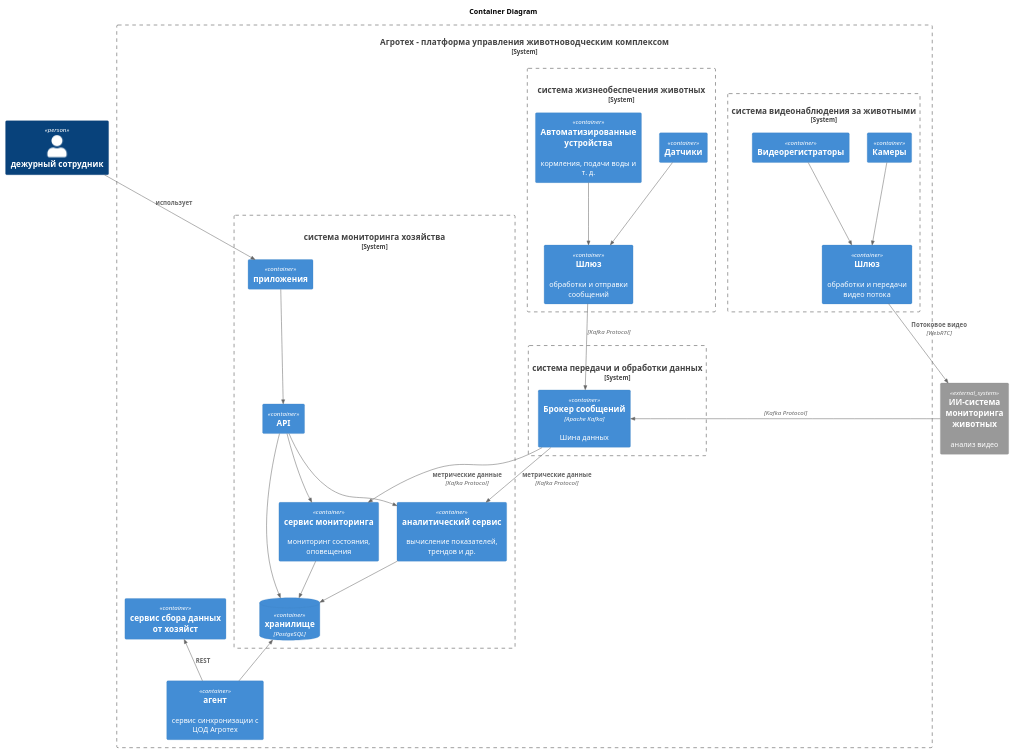
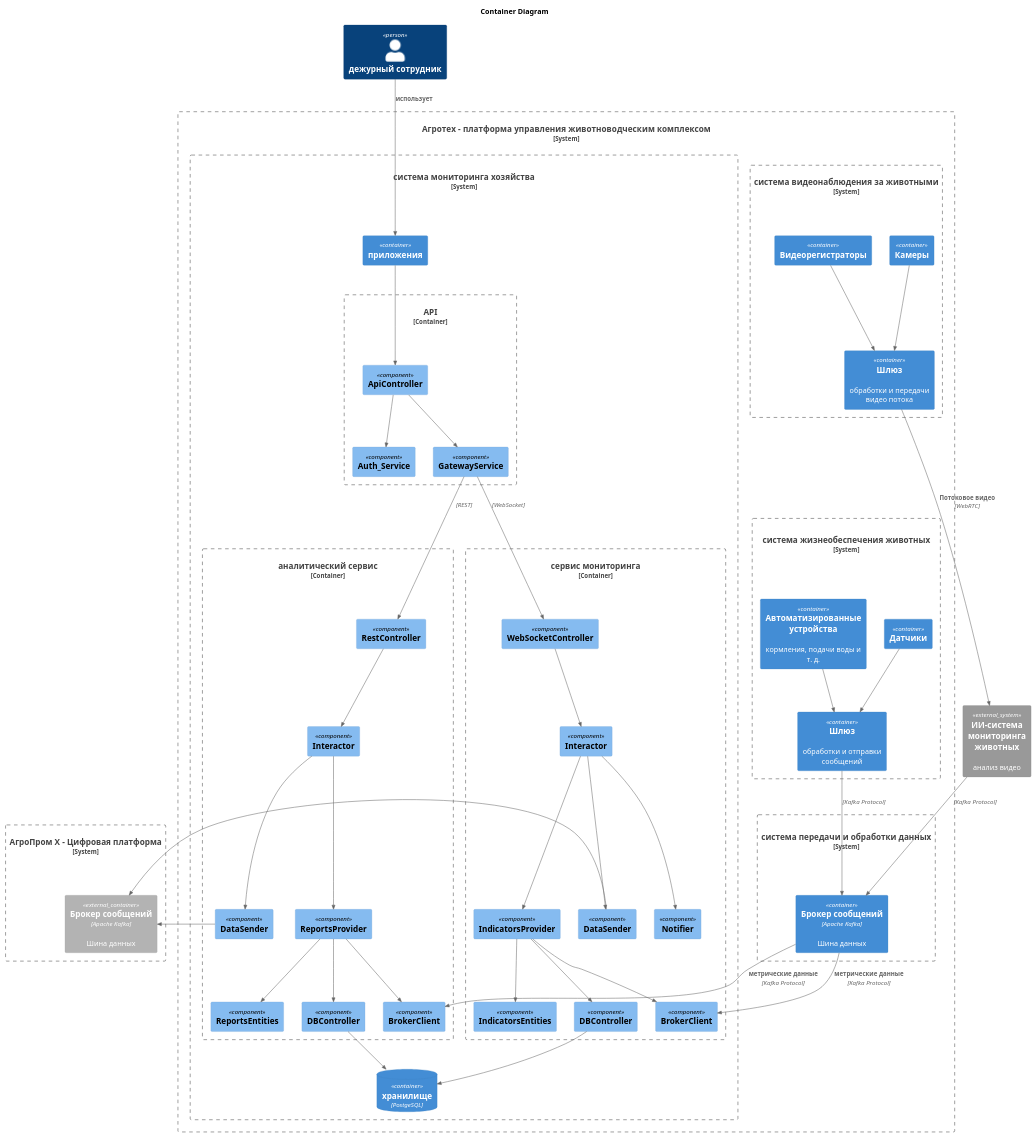
The diagram in Task3/agrotech_v2_С3.puml (Bessolitsyn/MSA-AgroTech), drawn with PlantUML before and after one commit. The commit also changed 9 other files, not shown here.

```diff
--- a/Task3/agrotech_v2_С3.puml
+++ b/Task3/agrotech_v2_С3.puml
@@ -1,67 +1,107 @@
-@startuml агро_V1
+@startuml агро_V2
 
 !include https://raw.githubusercontent.com/plantuml-stdlib/C4-PlantUML/master/C4_Container.puml
+!include https://raw.githubusercontent.com/plantuml-stdlib/C4-PlantUML/master/C4_Component.puml
 
 ' !include C4_Context.puml
 ' !include C4_Container.puml
 ' !include C4_Component.puml
 title "Container Diagram"
 
 Person(сотрудник, "дежурный сотрудник")
 
 
 System_Boundary(платформа, "Агротех  - платформа управления животноводческим комплексом") {
 
     System_Boundary(databus, "система передачи и обработки данных", "сбор данных от технических систем, структурирование, хранение ") {        
-        Container(broker, "Брокер сообщений","Apache Kafka", "Шина данных")        
-        
-        'Rel(broker, storage, "")
+        Container(broker, "Брокер сообщений","Apache Kafka", "Шина данных")       
     }
     System_Boundary(животноводство,"система жизнеобеспечения животных", "Мниторинг состояния технических средств(кормушки, поилки и др)") {
         Container(sensors, "Датчики", "", "")
         Container(gateway, "Шлюз", "", "обработки и отправки сообщений")
         Container(devices, "Автоматизированные устройства ", "", "кормления, подачи воды и т. д.")        
         Rel(sensors, gateway, "")
         Rel(devices, gateway, "")
         Rel(gateway, broker, "", "Kafka Protocol")
     }
     System_Boundary(видео,"система видеонаблюдения за животными", "") {
         Container(camera, "Камеры")
         Container(streaming, "Шлюз", "", "обработки и передачи видео потока")
         Container(recivers, " Видеорегистраторы")        
         Rel(camera, streaming, "")
         Rel(recivers, streaming, "")
         
     }
     System_Boundary(цуп, "система мониторинга хозяйства", "управление,  мониторинг, анализ, оповещение, отчетность") {
-        Container(api, "API")
+        Container_Boundary(api, "API"){
+            Component(apiApiController,"ApiController")
+            Component(apiAuth_Service,"Auth_Service")
+            Component(apiGatewayService, "GatewayService")
+            Rel(apiApiController, apiGatewayService, "")
+            Rel(apiApiController, apiAuth_Service, "")
+
+        }
         Container(app, "приложения")
-        Container(bi, "аналитический сервис", "", "вычисление показателей, трендов и др.")
-        Container(supervisor, "сервис мониторинга", "", "мониторинг состояния, оповещения")
+        Container_Boundary(bi, "аналитический сервис", "", "вычисление показателей, трендов и др."){
+            Component(biRestController, "RestController")
+            Component(biBrokerClient, "BrokerClient")
+            Component(biInteractor, "Interactor")
+            Component(biReportsProvider, "ReportsProvider")
+            Component(biReportsEntities, "ReportsEntities")
+            Component(biDBController, "DBController")
+             Component(biSender, "DataSender")
+            Rel(biRestController, biInteractor,"")
+            Rel(biInteractor, biReportsProvider,"")
+            Rel(biInteractor, biSender,"")
+            Rel(biReportsProvider, biBrokerClient,"")
+            Rel(biReportsProvider, biDBController,"")
+            Rel(biReportsProvider, biReportsEntities,"")
+        }
+        Container_Boundary(supervisor, "сервис мониторинга", "", "мониторинг состояния, оповещения"){
+            Component(supervisorWebSocketController, "WebSocketController")
+            Component(supervisorBrokerClient, "BrokerClient")
+            Component(supervisorInteractor, "Interactor")
+            Component(supervisorNotifier, "Notifier")
+            Component(supervisorIndicatorsProvider, "IndicatorsProvider")
+            Component(supervisorIndicatorsEntities, "IndicatorsEntities")
+            Component(supervisorDBController, "DBController")
+            Component(supervisorSender, "DataSender")
+            Rel(supervisorWebSocketController, supervisorInteractor,"")
+            Rel(supervisorInteractor, supervisorIndicatorsProvider,"")
+            Rel(supervisorInteractor, supervisorNotifier,"")
+            Rel(supervisorInteractor, supervisorSender,"")
+            Rel(supervisorIndicatorsProvider, supervisorBrokerClient,"")
+            Rel(supervisorIndicatorsProvider, supervisorDBController,"")
+            Rel(supervisorIndicatorsProvider, supervisorIndicatorsEntities,"")
+        }
+        
         ContainerDb(storage, "xранилище","PostgeSQL", "")
-        Rel(app, api, "")
-        Rel(broker, bi, "метрические данные", "Kafka Protocol")
-        Rel(broker, supervisor, "метрические данные", "Kafka Protocol")
-        Rel(bi, storage, "")
-        Rel(supervisor, storage, "")
-        Rel(api, storage, "")
-        Rel(api, bi, "")
-        Rel(api, supervisor, "")
+        Rel(app, apiApiController, "")
+        Rel(broker, biBrokerClient, "метрические данные", "Kafka Protocol")
+        Rel(broker, supervisorBrokerClient, "метрические данные", "Kafka Protocol")
+        Rel(biDBController, storage, "")
+        Rel(supervisorDBController, storage, "")
+        Rel(apiGatewayService, biRestController, "","REST")
+        Rel(apiGatewayService, supervisorWebSocketController, "","WebSocket")
 
         
     }
-    Container(agent, "агент", "", "сервис синхронизации с ЦОД Агротех")
-    Container(collector, "сервис сбора данных от хозяйст")
-    Rel_U(agent, collector, "REST")
-    Rel_U(agent, storage, "")        
+}
 
+System_Boundary(платформаX, "АгроПром Х - Цифровая платформа",""){
+    Container_Ext(kafka, "Брокер сообщений", "Apache Kafka", "Шина данных")
+    Rel_L(biSender, kafka, "")
+    Rel_L(supervisorSender, kafka, "")
 }
+
+
 System_Ext(ai, "ИИ-система мониторинга животных", "анализ видео") 
 Rel(streaming, ai, "Потоковое видео","WebRTC")        
 Rel(ai, broker, "", "Kafka Protocol")  
 Rel(сотрудник, app, "использует")   
    
 
 
 
+
 @enduml
```
